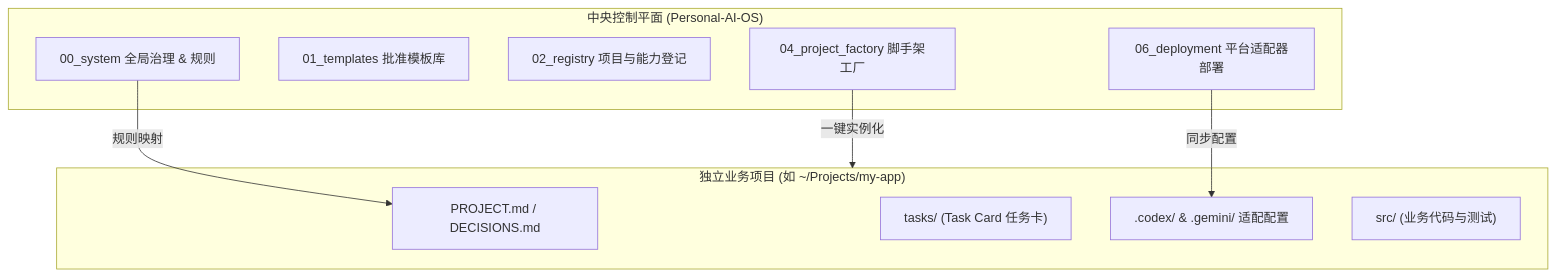
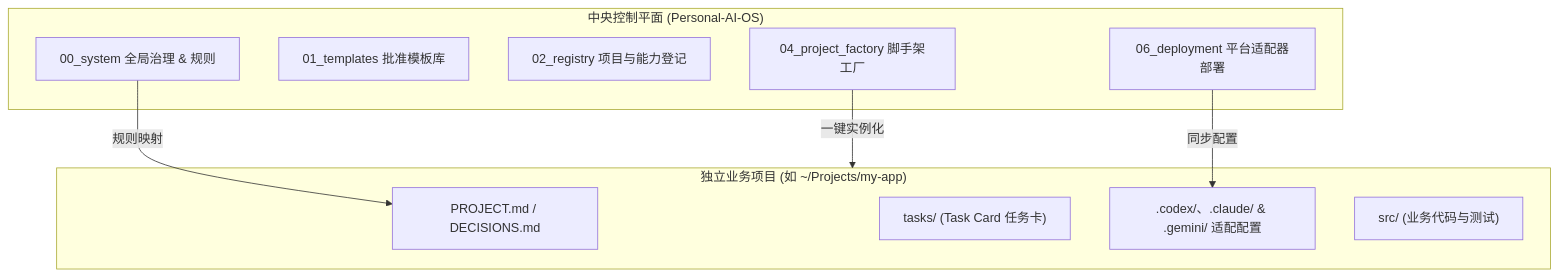
The diagram in README.md (lotop/Personal-AI-OS), drawn with Mermaid before and after one commit. The commit also changed other lines of this file and 32 other files, not shown here.

````diff
--- a/README.md
+++ b/README.md
@@ -28,21 +28,21 @@
 ```mermaid
 flowchart TD
     subgraph ControlPlane["中央控制平面 (Personal-AI-OS)"]
         Gov["00_system 全局治理 & 规则"]
         Tmpl["01_templates 批准模板库"]
         Reg["02_registry 项目与能力登记"]
         Factory["04_project_factory 脚手架工厂"]
         Deploy["06_deployment 平台适配器部署"]
     end
 
     subgraph BusinessProject["独立业务项目 (如 ~/Projects/my-app)"]
         ProjDoc["PROJECT.md / DECISIONS.md"]
         Tasks["tasks/ (Task Card 任务卡)"]
-        Adapters[".codex/ & .gemini/ 适配配置"]
+        Adapters[".codex/、.claude/ & .gemini/ 适配配置"]
         Src["src/ (业务代码与测试)"]
     end
 
     Factory -->|一键实例化| BusinessProject
     Deploy -->|同步配置| Adapters
     Gov -->|规则映射| ProjDoc
 ```
````
